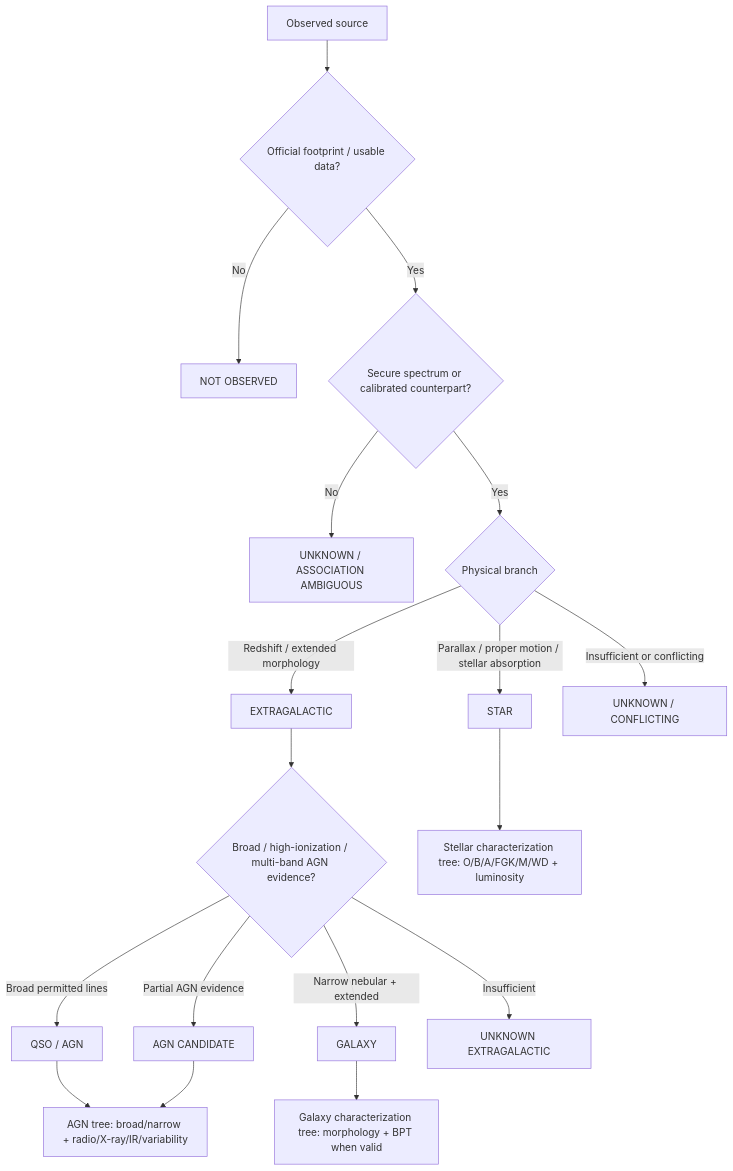
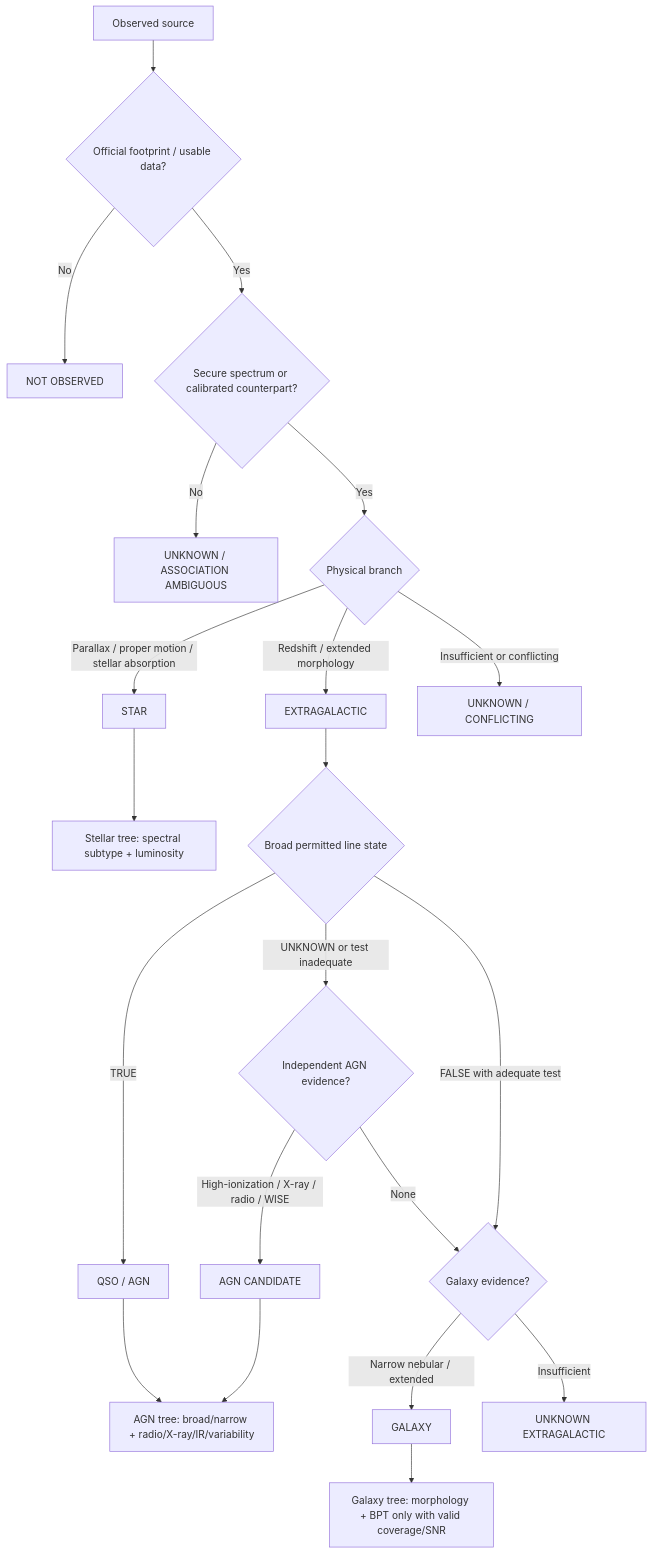
The diagram in README.md (Pinchpeach/Finding_objects), drawn with Mermaid before and after one commit.

Commit message:
Update decision tree diagram for four-state broad-line routing

````diff
--- a/README.md
+++ b/README.md
@@ -61,20 +61,23 @@
 ```mermaid
 flowchart TD
  A[Observed source] --> B{Official footprint / usable data?}
  B -- No --> N[NOT OBSERVED]
  B -- Yes --> C{Secure spectrum or calibrated counterpart?}
  C -- No --> U[UNKNOWN / ASSOCIATION AMBIGUOUS]
  C -- Yes --> D{Physical branch}
  D -- Parallax / proper motion / stellar absorption --> S[STAR]
  D -- Redshift / extended morphology --> E[EXTRAGALACTIC]
  D -- Insufficient or conflicting --> U2[UNKNOWN / CONFLICTING]
- E --> F{Broad / high-ionization / multi-band AGN evidence?}
- F -- Broad permitted lines --> Q[QSO / AGN]
- F -- Narrow nebular + extended --> G[GALAXY]
- F -- Partial AGN evidence --> AC[AGN CANDIDATE]
- F -- Insufficient --> UE[UNKNOWN EXTRAGALACTIC]
- S --> ST[Stellar characterization tree: O/B/A/FGK/M/WD + luminosity]
- G --> GT[Galaxy characterization tree: morphology + BPT when valid]
+ E --> BL{Broad permitted line state}
+ BL -- TRUE --> Q[QSO / AGN]
+ BL -- UNKNOWN or test inadequate --> IE{Independent AGN evidence?}
+ IE -- High-ionization / X-ray / radio / WISE --> AC[AGN CANDIDATE]
+ IE -- None --> GE{Galaxy evidence?}
+ BL -- FALSE with adequate test --> GE
+ GE -- Narrow nebular / extended --> G[GALAXY]
+ GE -- Insufficient --> UE[UNKNOWN EXTRAGALACTIC]
+ S --> ST[Stellar tree: spectral subtype + luminosity]
+ G --> GT[Galaxy tree: morphology + BPT only with valid coverage/SNR]
  Q --> AT[AGN tree: broad/narrow + radio/X-ray/IR/variability]
  AC --> AT
 ```
````
